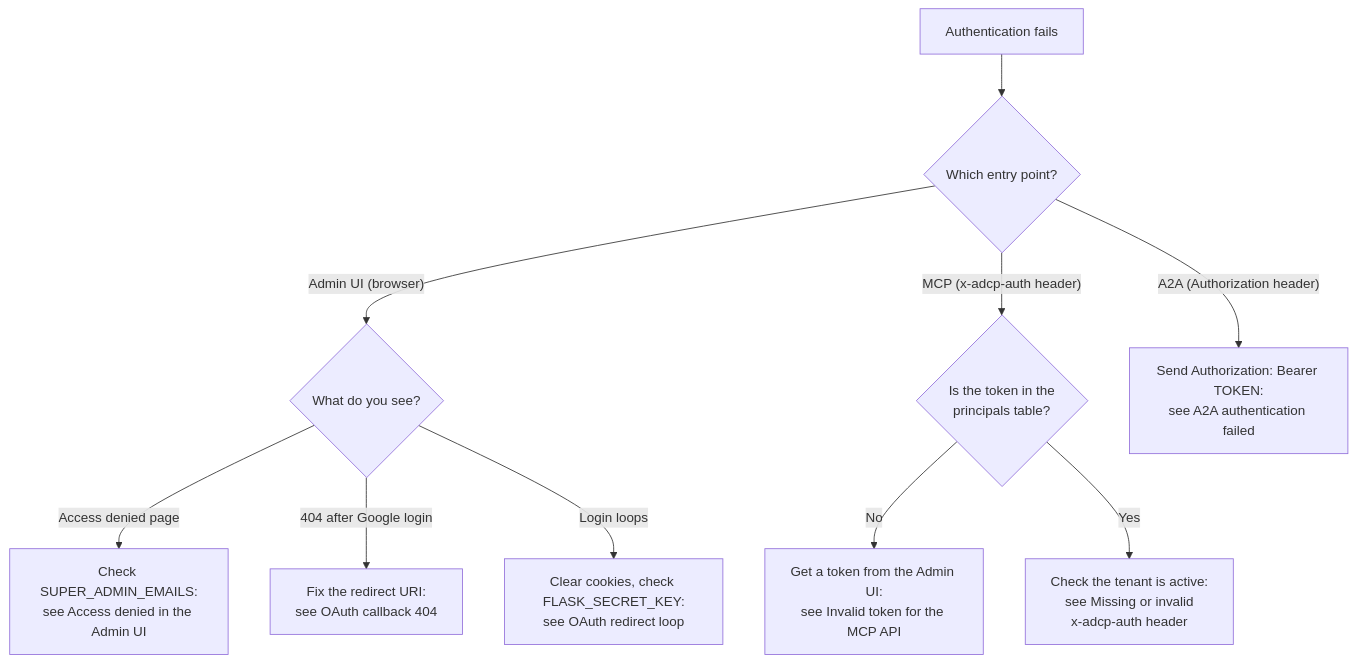
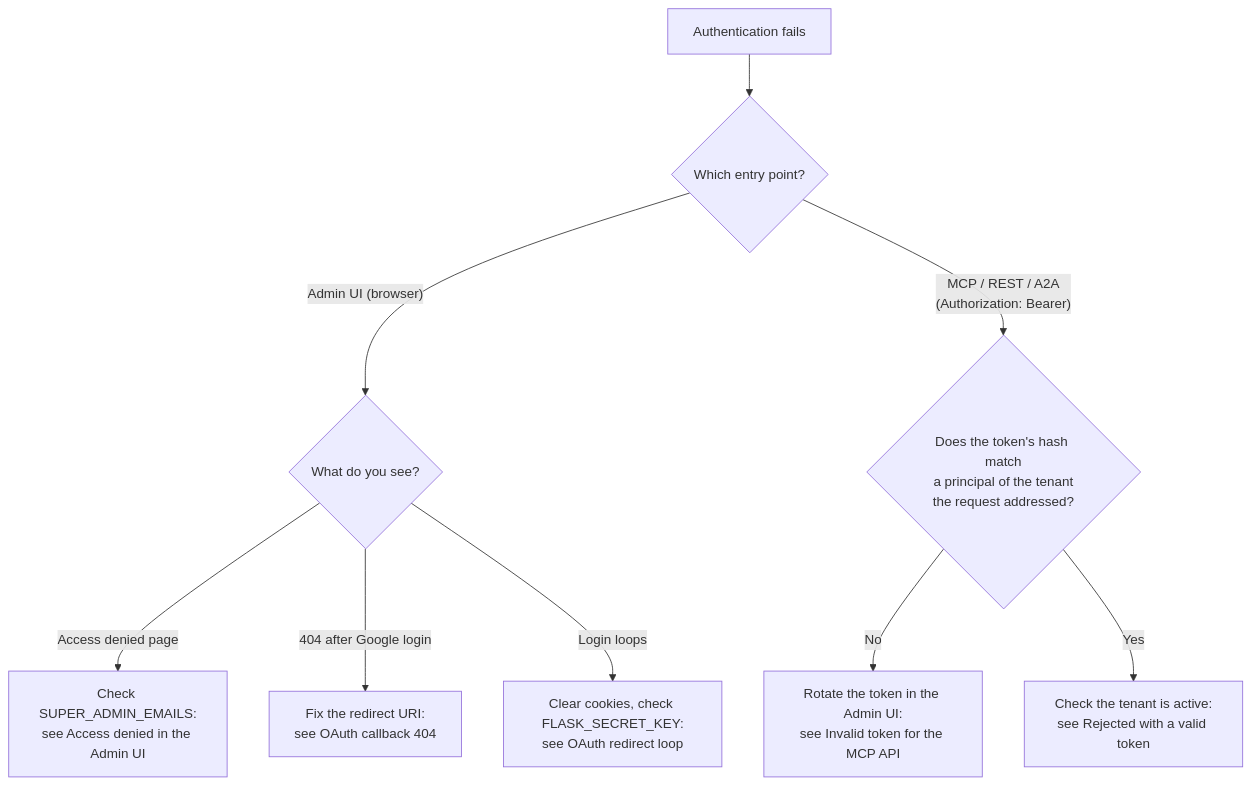
The second of 3 diagrams in docs/development/troubleshooting.md (KonstantinMirin/prebid-salesagent), drawn with Mermaid before and after one commit. The commit also changed other lines of this file and 32 other files, not shown here.

First line of the commit message:
feat: store principal tokens hashed, show them once, and drop the tenant admin token

````diff
--- a/docs/development/troubleshooting.md
+++ b/docs/development/troubleshooting.md
@@ -268,12 +268,11 @@
 ```mermaid
 flowchart TD
     Fail["Authentication fails"] --> Which{"Which entry point?"}
     Which -->|"Admin UI (browser)"| UI{"What do you see?"}
     UI -->|"Access denied page"| Denied["Check SUPER_ADMIN_EMAILS:\nsee Access denied in the Admin UI"]
     UI -->|"404 after Google login"| CB["Fix the redirect URI:\nsee OAuth callback 404"]
     UI -->|"Login loops"| Loop["Clear cookies, check FLASK_SECRET_KEY:\nsee OAuth redirect loop"]
-    Which -->|"MCP (x-adcp-auth header)"| MCP{"Is the token in the\nprincipals table?"}
-    MCP -->|No| Token["Get a token from the Admin UI:\nsee Invalid token for the MCP API"]
-    MCP -->|Yes| Active["Check the tenant is active:\nsee Missing or invalid\nx-adcp-auth header"]
-    Which -->|"A2A (Authorization header)"| A2A["Send Authorization: Bearer TOKEN:\nsee A2A authentication failed"]
+    Which -->|"MCP / REST / A2A\n(Authorization: Bearer)"| MCP{"Does the token's hash match\na principal of the tenant\nthe request addressed?"}
+    MCP -->|No| Token["Rotate the token in the Admin UI:\nsee Invalid token for the MCP API"]
+    MCP -->|Yes| Active["Check the tenant is active:\nsee Rejected with a valid token"]
 ```
````
